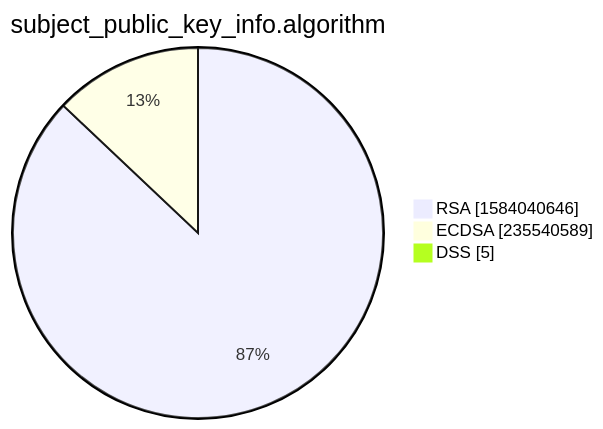
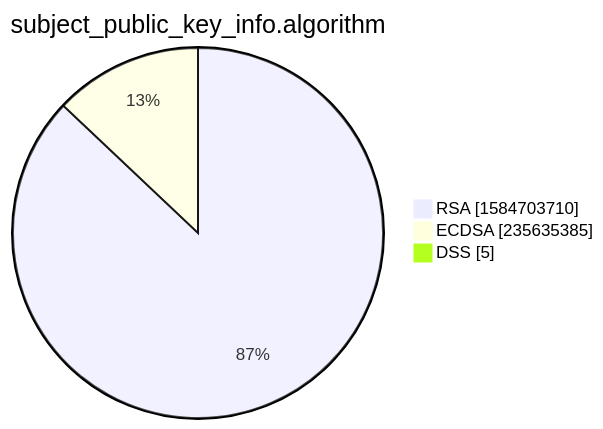
Before and after one commit to christiankrug/ctmonitor_visualization: the third of 15 diagrams in xenon2022/README.md, drawn with Mermaid. The commit also changed other lines of this file, not shown here.

````diff
--- a/xenon2022/README.md
+++ b/xenon2022/README.md
@@ -14,7 +14,7 @@
 ```mermaid
 pie showData
 title subject_public_key_info.algorithm
-"RSA" :1584040646
-"ECDSA" :235540589
+"RSA" :1584703710
+"ECDSA" :235635385
 "DSS" :5
 ```
````
